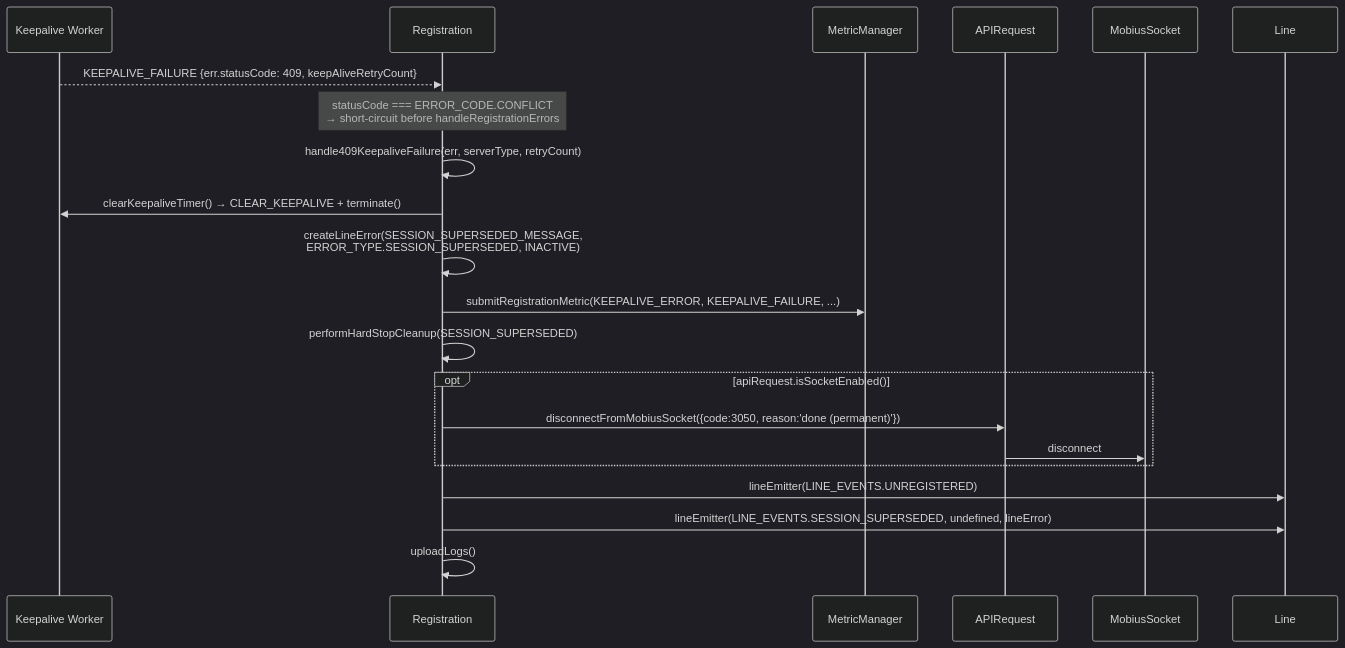
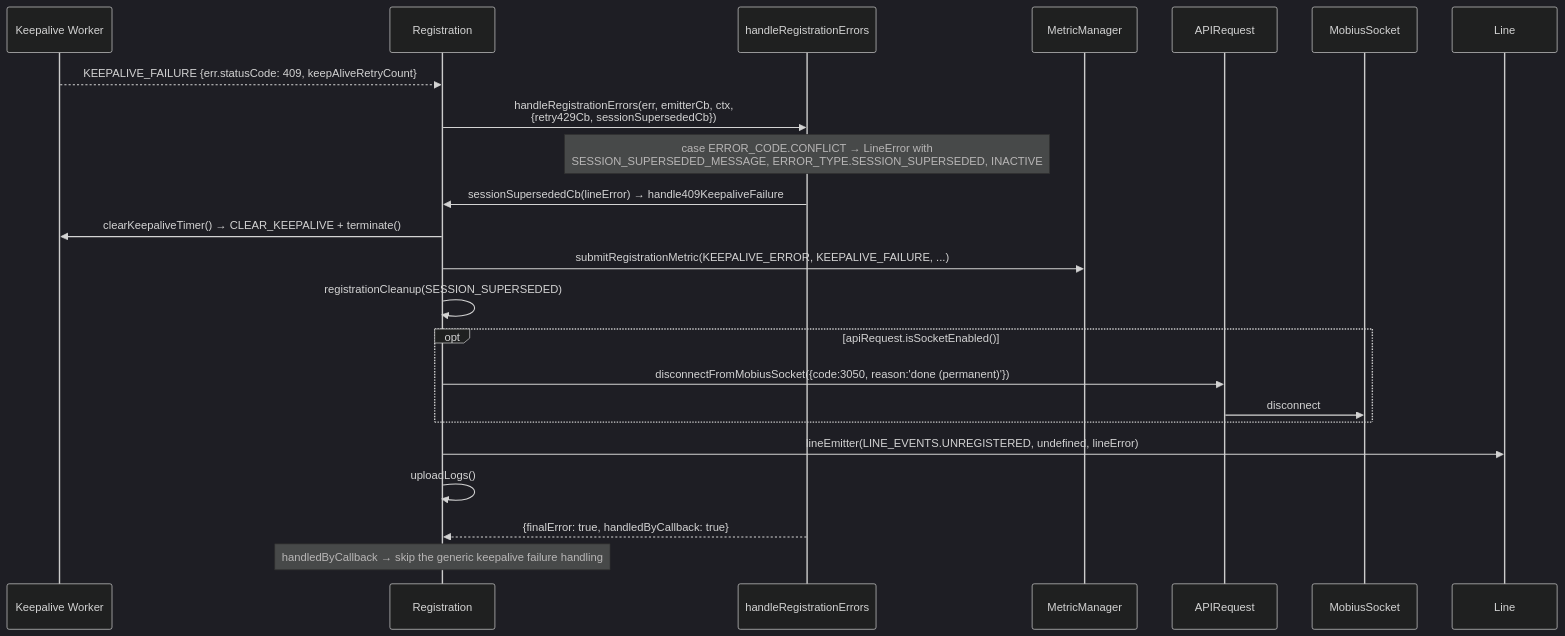
Before and after one commit to webex/webex-js-sdk: diagram 11 of 11 in packages/calling/src/CallingClient/registration/ai-docs/ARCHITECTURE.md, drawn with Mermaid (dark theme). The commit also changed other lines of this file and 20 other files, not shown here.

````diff
--- a/packages/calling/src/CallingClient/registration/ai-docs/ARCHITECTURE.md
+++ b/packages/calling/src/CallingClient/registration/ai-docs/ARCHITECTURE.md
@@ -538,26 +538,28 @@
 ```mermaid
 sequenceDiagram
     participant WW as Keepalive Worker
     participant Reg as Registration
+    participant HRE as handleRegistrationErrors
     participant MM as MetricManager
     participant API as APIRequest
     participant MS as MobiusSocket
     participant Line as Line
 
     WW-->>Reg: KEEPALIVE_FAILURE {err.statusCode: 409, keepAliveRetryCount}
-    Note over Reg: statusCode === ERROR_CODE.CONFLICT<br/>→ short-circuit before handleRegistrationErrors
-    Reg->>Reg: handle409KeepaliveFailure(err, serverType, retryCount)
+    Reg->>HRE: handleRegistrationErrors(err, emitterCb, ctx,<br/>{retry429Cb, sessionSupersededCb})
+    Note over HRE: case ERROR_CODE.CONFLICT → LineError with<br/>SESSION_SUPERSEDED_MESSAGE, ERROR_TYPE.SESSION_SUPERSEDED, INACTIVE
+    HRE->>Reg: sessionSupersededCb(lineError) → handle409KeepaliveFailure
     Reg->>WW: clearKeepaliveTimer() → CLEAR_KEEPALIVE + terminate()
-    Reg->>Reg: createLineError(SESSION_SUPERSEDED_MESSAGE,<br/>ERROR_TYPE.SESSION_SUPERSEDED, INACTIVE)
     Reg->>MM: submitRegistrationMetric(KEEPALIVE_ERROR, KEEPALIVE_FAILURE, ...)
-    Reg->>Reg: performHardStopCleanup(SESSION_SUPERSEDED)
+    Reg->>Reg: registrationCleanup(SESSION_SUPERSEDED)
 
     opt apiRequest.isSocketEnabled()
         Reg->>API: disconnectFromMobiusSocket({code:3050, reason:'done (permanent)'})
         API->>MS: disconnect
     end
 
-    Reg->>Line: lineEmitter(LINE_EVENTS.UNREGISTERED)
-    Reg->>Line: lineEmitter(LINE_EVENTS.SESSION_SUPERSEDED, undefined, lineError)
+    Reg->>Line: lineEmitter(LINE_EVENTS.UNREGISTERED, undefined, lineError)
     Reg->>Reg: uploadLogs()
+    HRE-->>Reg: {finalError: true, handledByCallback: true}
+    Note over Reg: handledByCallback → skip the generic keepalive failure handling
 ```
````
